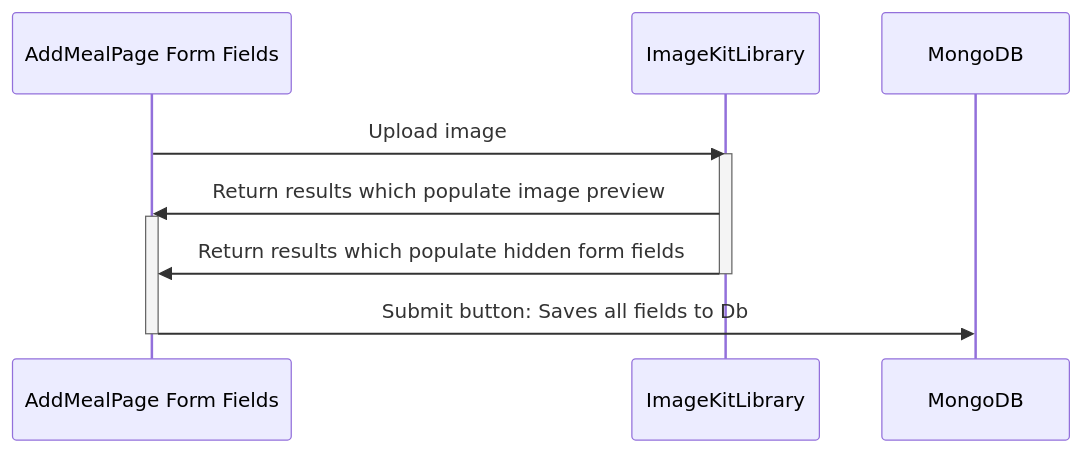
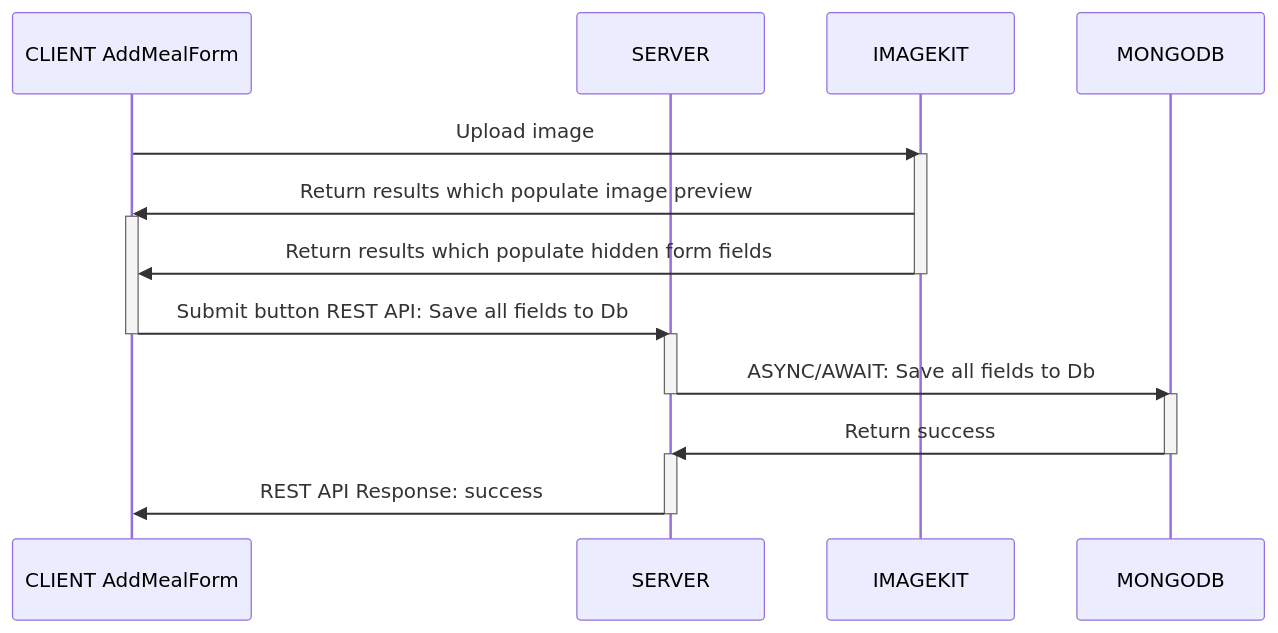
One commit to rauf-dev/famfoo4 changed the first of 2 diagrams in public/scripts/imageUploadPossibilities.md. Above: the diagram before and after it, drawn with Mermaid. The commit also changed other lines of this file and 1 other file, not shown here.

````diff
--- a/public/scripts/imageUploadPossibilities.md
+++ b/public/scripts/imageUploadPossibilities.md
@@ -7,14 +15,24 @@
 ```mermaid
 sequenceDiagram
-    participant AddMealPage Form Fields
-    participant ImageKitLibrary
-    participant MongoDB
-    AddMealPage Form Fields->>ImageKitLibrary: Upload image
-    activate ImageKitLibrary
-    ImageKitLibrary->>AddMealPage Form Fields: Return results which populate image preview
-    activate AddMealPage Form Fields
-    ImageKitLibrary->>AddMealPage Form Fields: Return results which populate hidden form fields
-    deactivate ImageKitLibrary
-    AddMealPage Form Fields->>MongoDB: Submit button: Saves all fields to Db
-    deactivate AddMealPage Form Fields
+    participant CLIENT AddMealForm
+    participant SERVER
+    participant IMAGEKIT
+    participant MONGODB
+    CLIENT AddMealForm->>IMAGEKIT: Upload image
+    activate IMAGEKIT
+    IMAGEKIT->>CLIENT AddMealForm: Return results which populate image preview
+    activate CLIENT AddMealForm
+    IMAGEKIT->>CLIENT AddMealForm: Return results which populate hidden form fields
+    deactivate IMAGEKIT
+    CLIENT AddMealForm->>SERVER: Submit button REST API: Save all fields to Db
+    deactivate CLIENT AddMealForm
+    activate SERVER
+    SERVER->>MONGODB: ASYNC/AWAIT: Save all fields to Db
+    deactivate SERVER
+    activate MONGODB
+    MONGODB->>SERVER: Return success
+    deactivate MONGODB
+    activate SERVER
+    SERVER->>CLIENT AddMealForm: REST API Response: success
+    deactivate SERVER
 ```
````
